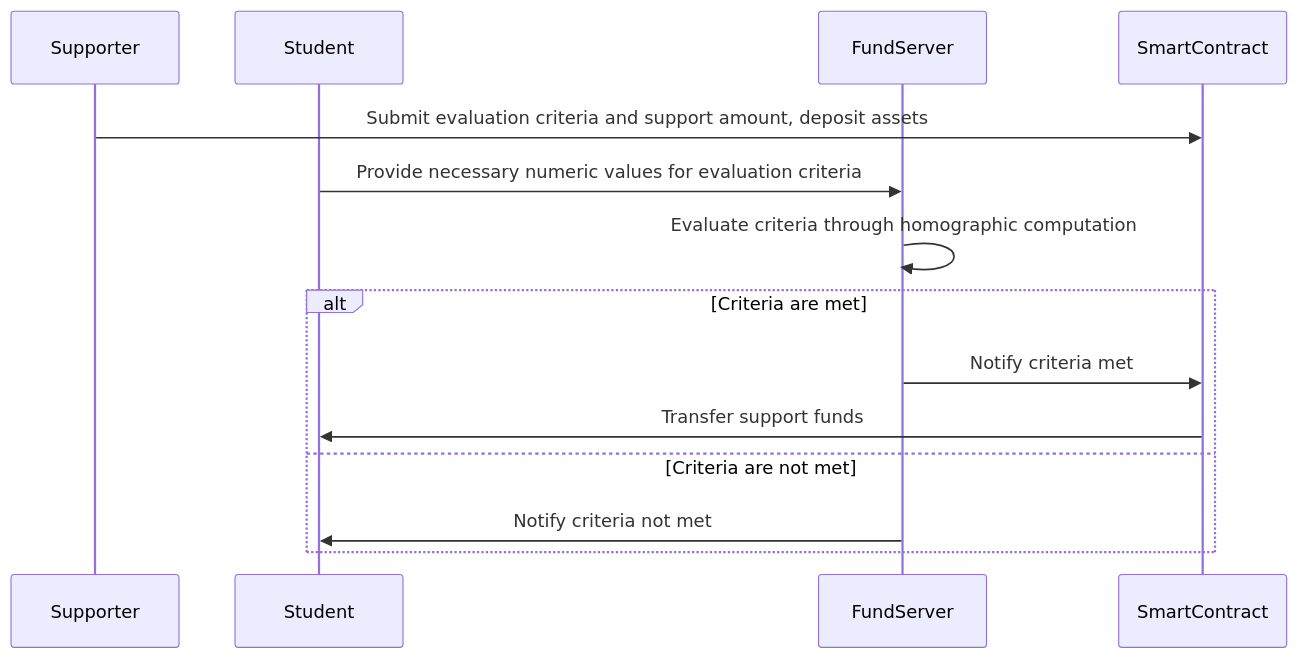
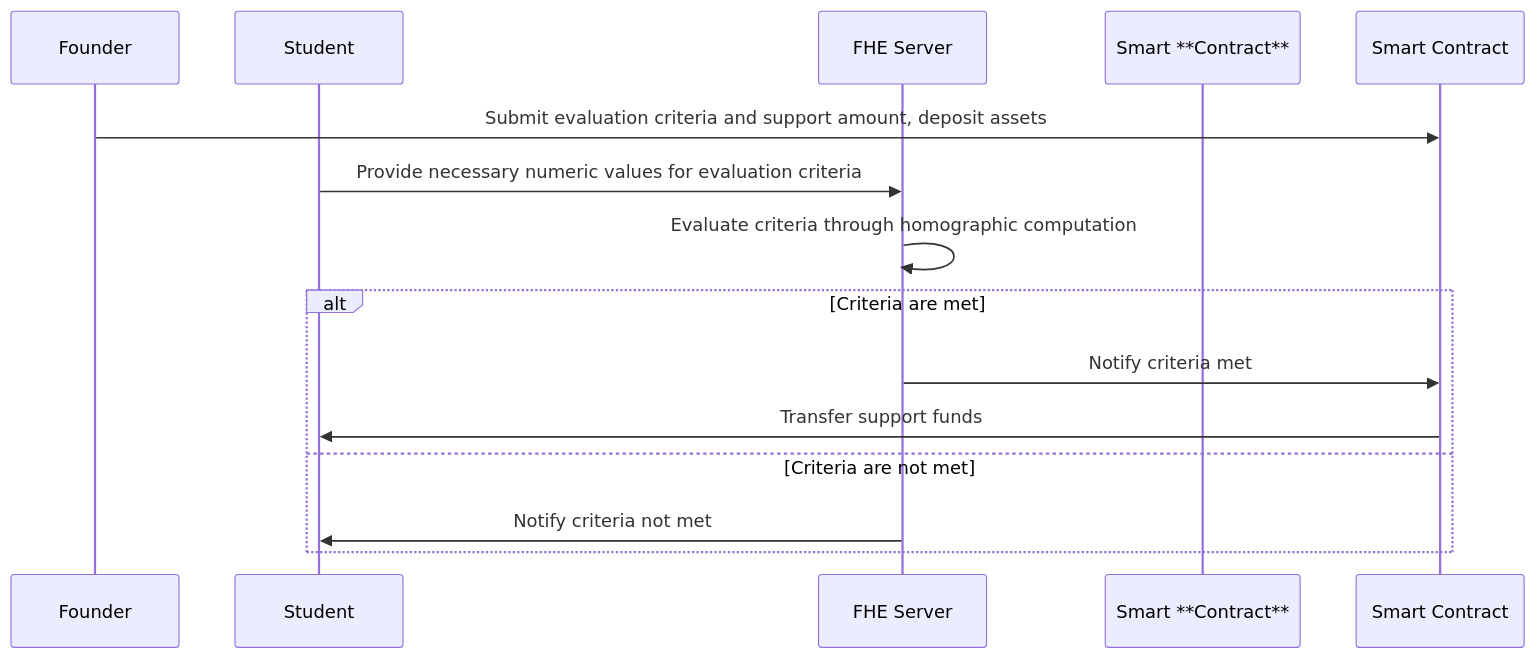
Before and after one commit to adust09/encrypted-scholarship: the diagram in doc/3.architecture.md, drawn with Mermaid. The commit also changed other lines of this file and 3 other files, not shown here.

````diff
--- a/doc/3.architecture.md
+++ b/doc/3.architecture.md
@@ -9,17 +9,17 @@
 ```mermaid
 sequenceDiagram
-    participant Supporter
+    participant Founder
     participant Student
-    participant FundServer
-    participant SmartContract
+    participant FHE Server
+    participant Smart **Contract**
 
-    Supporter ->> SmartContract: Submit evaluation criteria and support amount, deposit assets
-    Student ->> FundServer: Provide necessary numeric values for evaluation criteria
-    FundServer ->> FundServer: Evaluate criteria through homographic computation
+    Founder ->> Smart Contract: Submit evaluation criteria and support amount, deposit assets
+    Student ->> FHE Server: Provide necessary numeric values for evaluation criteria
+    FHE Server ->> FHE Server: Evaluate criteria through homographic computation
     alt Criteria are met
-        FundServer ->> SmartContract: Notify criteria met
-        SmartContract ->> Student: Transfer support funds
+        FHE Server ->> Smart Contract: Notify criteria met
+        Smart Contract ->> Student: Transfer support funds
     else Criteria are not met
-        FundServer ->> Student: Notify criteria not met
+        FHE Server ->> Student: Notify criteria not met
     end
 ```
````
